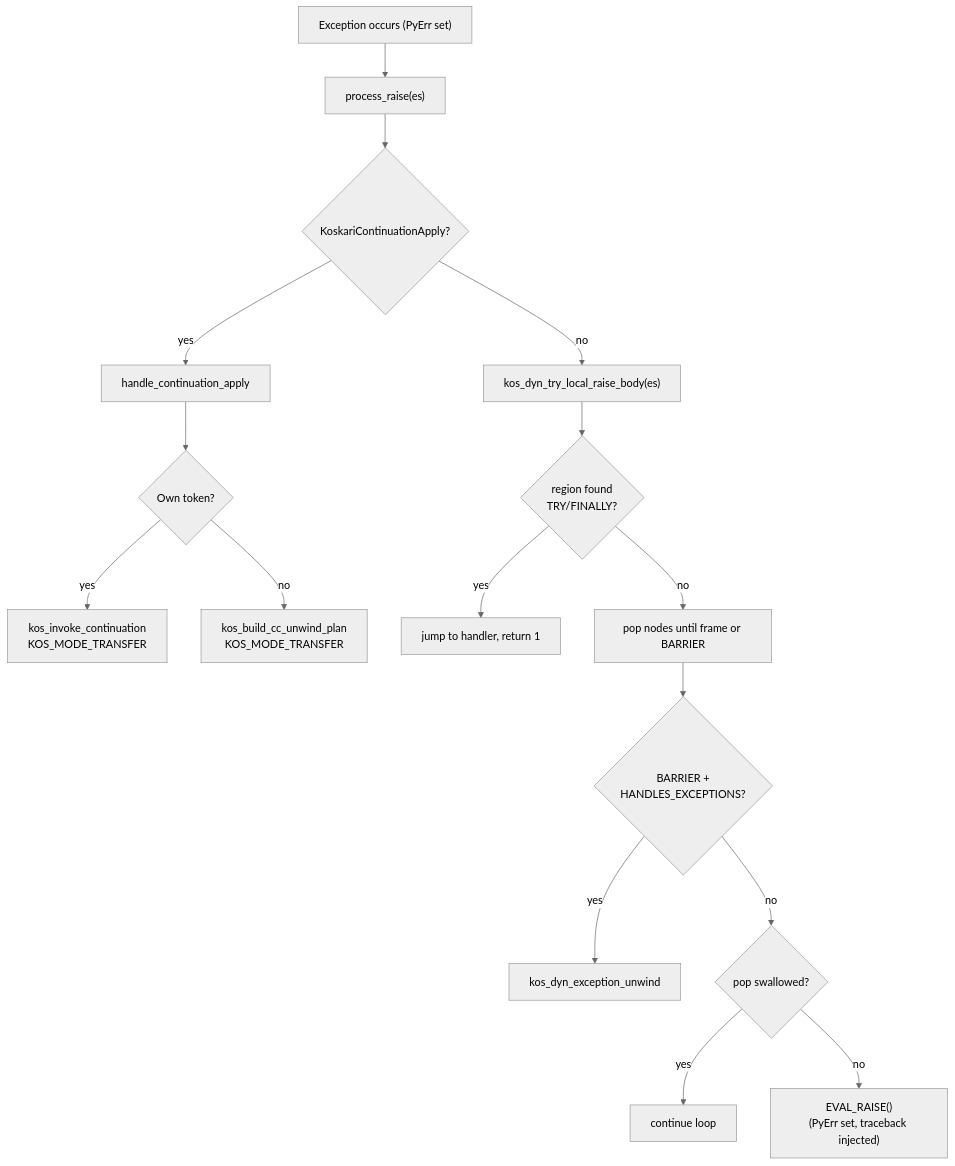
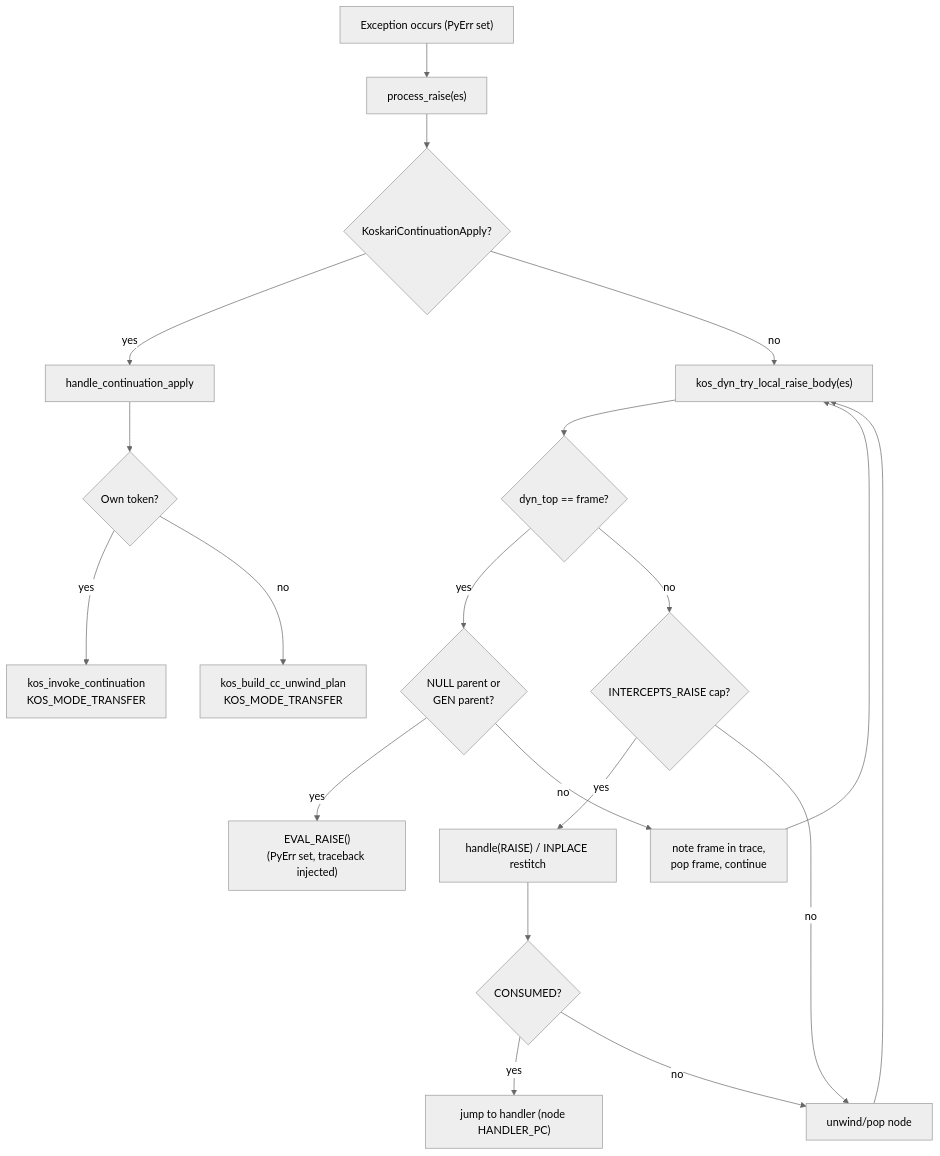
One commit to koskari-lang/koskari changed the ninth of 11 diagrams in design/EVALUATOR.md. Above: the diagram before and after it, drawn with Mermaid (neutral theme). The commit also changed other lines of this file and 6 other files, not shown here.

````diff
--- a/design/EVALUATOR.md
+++ b/design/EVALUATOR.md
@@ -528,34 +535,40 @@
 ```mermaid
 flowchart TD
     exc["Exception occurs (PyErr set)"]
     process["process_raise(es)"]
     cc_check{"KoskariContinuationApply?"}
     handle_cc["handle_continuation_apply"]
     own{"Own token?"}
     invoke["kos_invoke_continuation<br/>KOS_MODE_TRANSFER"]
     foreign["kos_build_cc_unwind_plan<br/>KOS_MODE_TRANSFER"]
     try_local["kos_dyn_try_local_raise_body(es)"]
-    region{"region found<br/>TRY/FINALLY?"}
-    jump["jump to handler, return 1"]
-    pop["pop nodes until frame or BARRIER"]
-    barrier{"BARRIER +<br/>HANDLES_EXCEPTIONS?"}
-    unwind["kos_dyn_exception_unwind"]
-    swallowed{"pop swallowed?"}
+    gate{"INTERCEPTS_RAISE cap?"}
+    dispatch["handle(RAISE) / INPLACE restitch"]
+    consumed{"CONSUMED?"}
+    jump["jump to handler (node HANDLER_PC)"]
+    pop["unwind/pop node"]
+    frame_edge{"dyn_top == frame?"}
+    cross["note frame in trace,<br/>pop frame, continue"]
+    exit_edge{"NULL parent or<br/>GEN parent?"}
     no_handler["EVAL_RAISE()<br/>(PyErr set, traceback injected)"]
 
     exc --> process
     process --> cc_check
     cc_check -->|yes| handle_cc
     handle_cc --> own
     own -->|yes| invoke
     own -->|no| foreign
     cc_check -->|no| try_local
-    try_local --> region
-    region -->|yes| jump
-    region -->|no| pop
-    pop --> barrier
-    barrier -->|yes| unwind
-    barrier -->|no| swallowed
-    swallowed -->|yes| loop_cont2["continue loop"]
-    swallowed -->|no| no_handler
+    try_local --> frame_edge
+    frame_edge -->|yes| exit_edge
+    exit_edge -->|yes| no_handler
+    exit_edge -->|no| cross
+    cross --> try_local
+    frame_edge -->|no| gate
+    gate -->|yes| dispatch
+    dispatch --> consumed
+    consumed -->|yes| jump
+    consumed -->|no| pop
+    gate -->|no| pop
+    pop --> try_local
 ```
````
